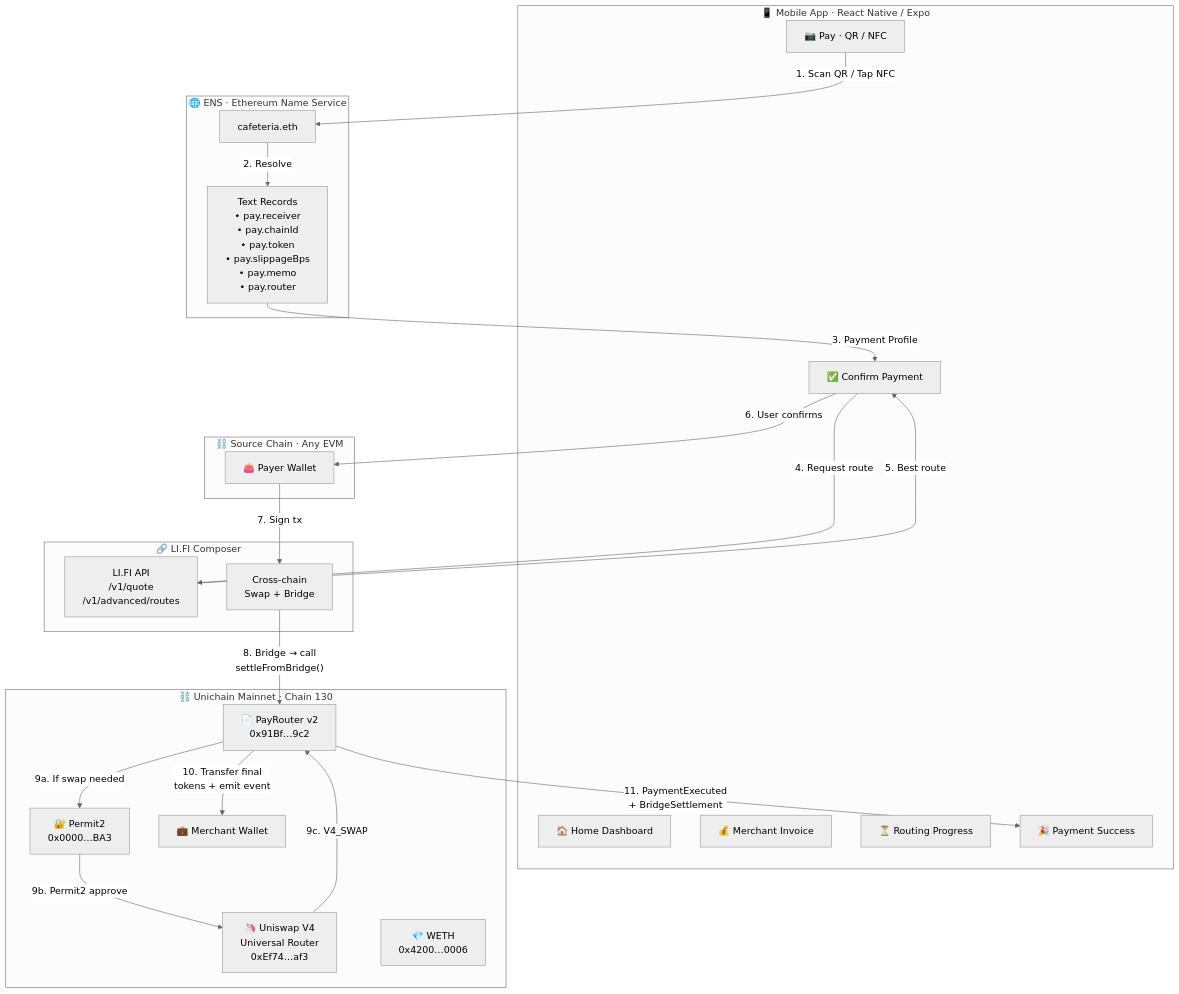
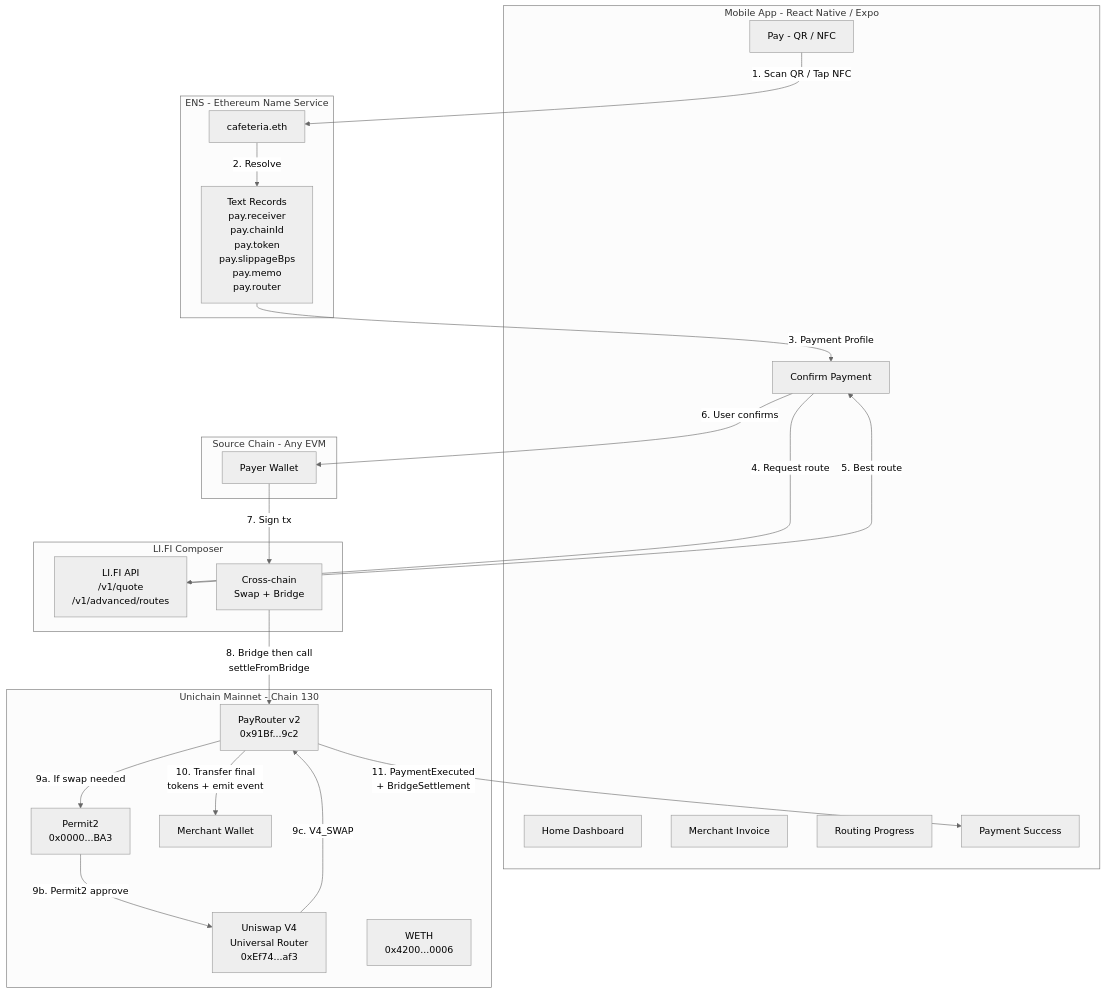
The first of 11 diagrams in docs/architecture.md (danelerr/htm-abipago), drawn with Mermaid (neutral theme) before and after one commit. The commit also changed other lines of this file, not shown here.

Commit message:
updsare diagram

````diff
--- a/docs/architecture.md
+++ b/docs/architecture.md
@@ -12,47 +12,47 @@
 ```mermaid
 graph TB
-    subgraph "📱 Mobile App · React Native / Expo"
-        HOME["🏠 Home Dashboard"]
-        PAY["📷 Pay · QR / NFC"]
-        RECEIVE["💰 Merchant Invoice"]
-        CONFIRM["✅ Confirm Payment"]
-        PROGRESS["⏳ Routing Progress"]
-        SUCCESS["🎉 Payment Success"]
+    subgraph "Mobile App - React Native / Expo"
+        HOME["Home Dashboard"]
+        PAY["Pay - QR / NFC"]
+        RECEIVE["Merchant Invoice"]
+        CONFIRM["Confirm Payment"]
+        PROGRESS["Routing Progress"]
+        SUCCESS["Payment Success"]
     end
 
-    subgraph "🌐 ENS · Ethereum Name Service"
+    subgraph "ENS - Ethereum Name Service"
         ENS_NAME["cafeteria.eth"]
-        ENS_RECORDS["Text Records<br/>• pay.receiver<br/>• pay.chainId<br/>• pay.token<br/>• pay.slippageBps<br/>• pay.memo<br/>• pay.router"]
+        ENS_RECORDS["Text Records<br/>pay.receiver<br/>pay.chainId<br/>pay.token<br/>pay.slippageBps<br/>pay.memo<br/>pay.router"]
     end
 
-    subgraph "🔗 LI.FI Composer"
+    subgraph "LI.FI Composer"
         LIFI_API["LI.FI API<br/>/v1/quote<br/>/v1/advanced/routes"]
         LIFI_EXEC["Cross-chain<br/>Swap + Bridge"]
     end
 
-    subgraph "⛓️ Unichain Mainnet · Chain 130"
-        PAYROUTER["📄 PayRouter v2<br/>0x91Bf…9c2"]
-        UNISWAP["🦄 Uniswap V4<br/>Universal Router<br/>0xEf74…af3"]
-        PERMIT2["🔐 Permit2<br/>0x0000…BA3"]
-        WETH["💎 WETH<br/>0x4200…0006"]
-        MERCHANT_WALLET["💼 Merchant Wallet"]
+    subgraph "Unichain Mainnet - Chain 130"
+        PAYROUTER["PayRouter v2<br/>0x91Bf...9c2"]
+        UNISWAP["Uniswap V4<br/>Universal Router<br/>0xEf74...af3"]
+        PERMIT2["Permit2<br/>0x0000...BA3"]
+        WETH["WETH<br/>0x4200...0006"]
+        MERCHANT_WALLET["Merchant Wallet"]
     end
 
-    subgraph "⛓️ Source Chain · Any EVM"
-        PAYER_WALLET["👛 Payer Wallet"]
+    subgraph "Source Chain - Any EVM"
+        PAYER_WALLET["Payer Wallet"]
     end
 
     PAY -->|"1. Scan QR / Tap NFC"| ENS_NAME
     ENS_NAME -->|"2. Resolve"| ENS_RECORDS
     ENS_RECORDS -->|"3. Payment Profile"| CONFIRM
     CONFIRM -->|"4. Request route"| LIFI_API
     LIFI_API -->|"5. Best route"| CONFIRM
     CONFIRM -->|"6. User confirms"| PAYER_WALLET
     PAYER_WALLET -->|"7. Sign tx"| LIFI_EXEC
-    LIFI_EXEC -->|"8. Bridge → call<br/>settleFromBridge()"| PAYROUTER
+    LIFI_EXEC -->|"8. Bridge then call<br/>settleFromBridge"| PAYROUTER
     PAYROUTER -->|"9a. If swap needed"| PERMIT2
     PERMIT2 -->|"9b. Permit2 approve"| UNISWAP
     UNISWAP -->|"9c. V4_SWAP"| PAYROUTER
     PAYROUTER -->|"10. Transfer final<br/>tokens + emit event"| MERCHANT_WALLET
     PAYROUTER -->|"11. PaymentExecuted<br/>+ BridgeSettlement"| SUCCESS
 ```
````
